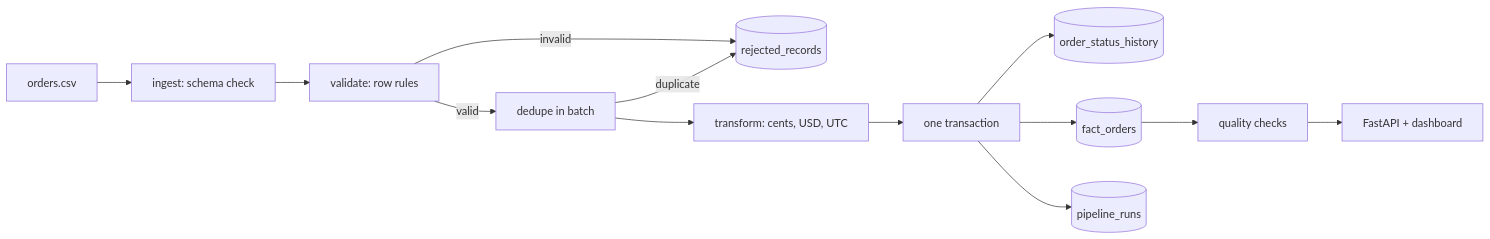
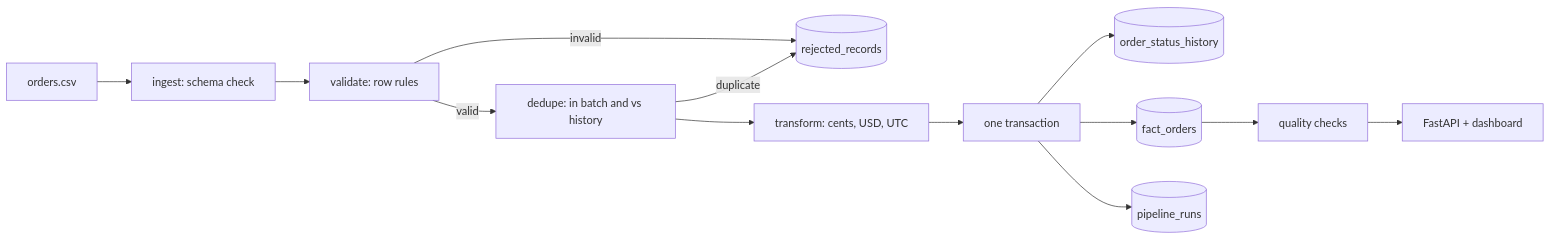
One commit to mirzamudassir1/orders-pipelines changed the diagram in README.md. Above: the diagram before and after it, drawn with Mermaid. The commit also changed other lines of this file and 5 other files, not shown here.

````diff
--- a/README.md
+++ b/README.md
@@ -9,15 +9,15 @@
 ```mermaid
 flowchart LR
   A["orders.csv"] --> B["ingest: schema check"]
   B --> C["validate: row rules"]
   C -->|invalid| R[("rejected_records")]
-  C -->|valid| D["dedupe in batch"]
+  C -->|valid| D["dedupe: in batch and vs history"]
   D -->|duplicate| R
   D --> E["transform: cents, USD, UTC"]
   E --> T["one transaction"]
   T --> H[("order_status_history")]
   T --> F[("fact_orders")]
   T --> P[("pipeline_runs")]
   F --> Q["quality checks"]
   Q --> UI["FastAPI + dashboard"]
 ```
````
